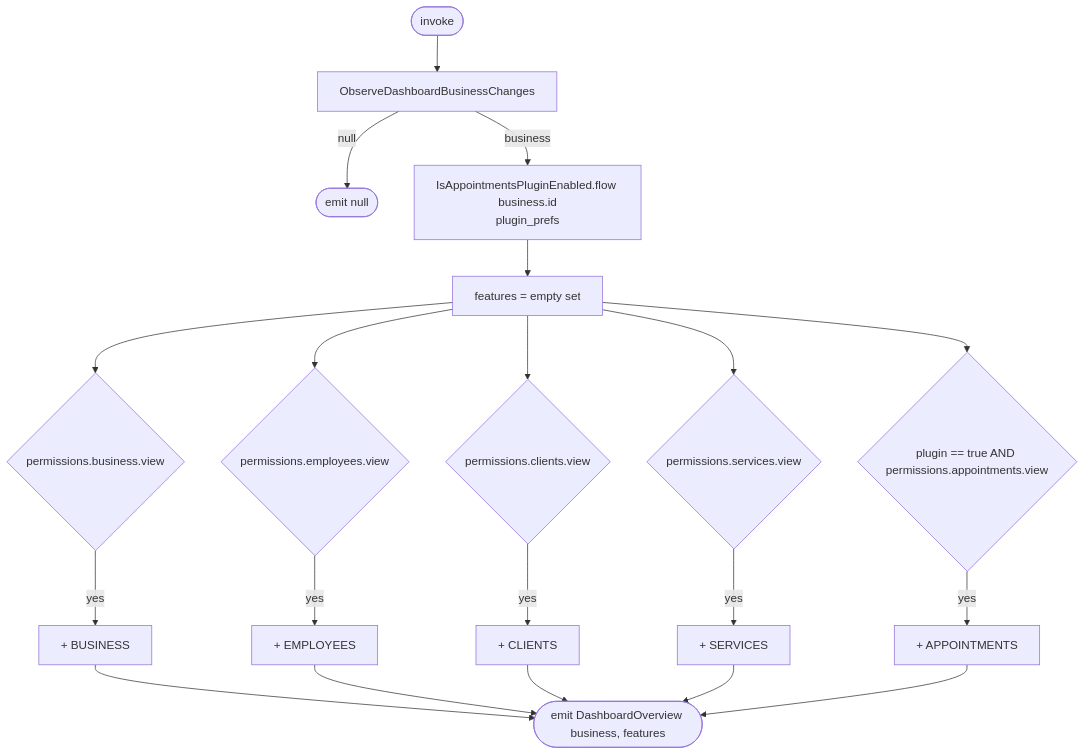
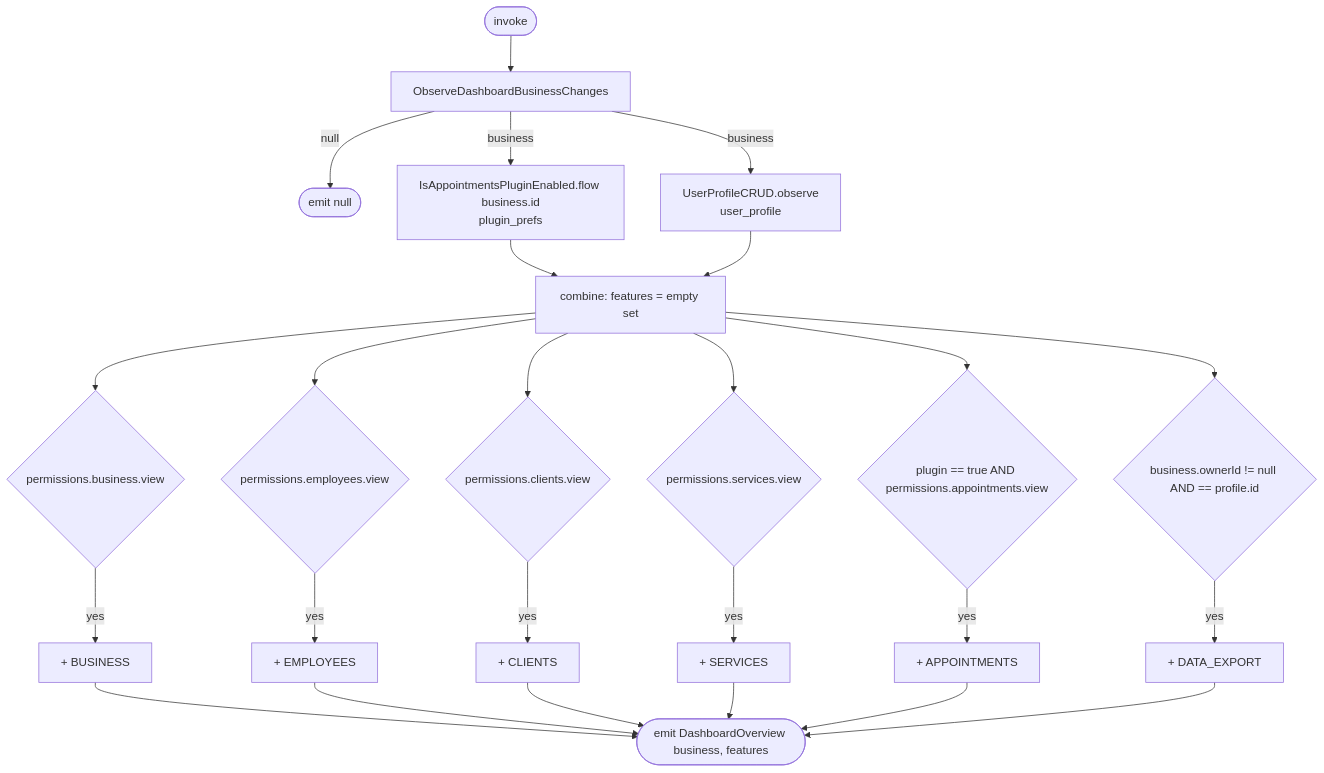
Before and after one commit to nocturneproperties/bookkme-client: the diagram in docs/operations/business/get-available-dashboard-features.md, drawn with Mermaid. The commit also changed other lines of this file and 81 other files, not shown here.

Commit message:
[ISSUE-132] business data export

````diff
--- a/docs/operations/business/get-available-dashboard-features.md
+++ b/docs/operations/business/get-available-dashboard-features.md
@@ -12,13 +14,15 @@
 ```mermaid
 flowchart TD
     Start([invoke]) --> Biz[ObserveDashboardBusinessChanges]
     Biz -- null --> N([emit null])
     Biz -- business --> Plug[IsAppointmentsPluginEnabled.flow business.id<br/>plugin_prefs]
-    Plug --> Build[features = empty set]
+    Biz -- business --> Profile[UserProfileCRUD.observe<br/>user_profile]
+    Plug & Profile --> Build[combine: features = empty set]
     Build --> P1{permissions.business.view} -- yes --> F1[+ BUSINESS]
     Build --> P2{permissions.employees.view} -- yes --> F2[+ EMPLOYEES]
     Build --> P3{permissions.clients.view} -- yes --> F3[+ CLIENTS]
     Build --> P4{permissions.services.view} -- yes --> F4[+ SERVICES]
     Build --> P5{plugin == true AND permissions.appointments.view} -- yes --> F5[+ APPOINTMENTS]
-    F1 & F2 & F3 & F4 & F5 --> R([emit DashboardOverview business, features])
+    Build --> P6{business.ownerId != null AND == profile.id} -- yes --> F6[+ DATA_EXPORT]
+    F1 & F2 & F3 & F4 & F5 & F6 --> R([emit DashboardOverview business, features])
 ```
````
